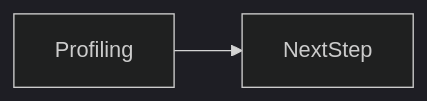
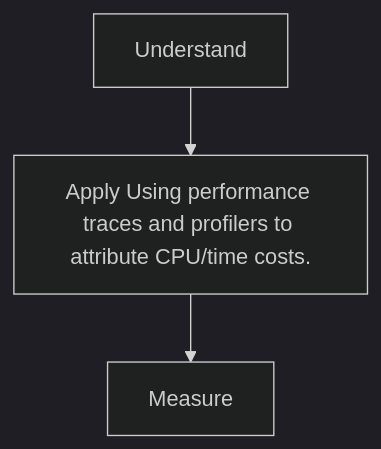
The second of 2 diagrams in docs/en/13-performance/profiling/index.md (OmidJavaherii/Frontend-Engineering-Handbook), drawn with Mermaid (dark theme) before and after one commit. The commit also changed other lines of this file and 461 other files, not shown here.

````diff
--- a/docs/en/13-performance/profiling/index.md
+++ b/docs/en/13-performance/profiling/index.md
@@ -95,4 +109,5 @@
 ```mermaid
-flowchart LR
-  concept[Profiling] --> nextStep[NextStep]
+flowchart TD
+  A[Understand] --> B[Apply Using performance traces and profilers to attribute CPU/time costs.]
+  B --> C[Measure]
 ```
````
